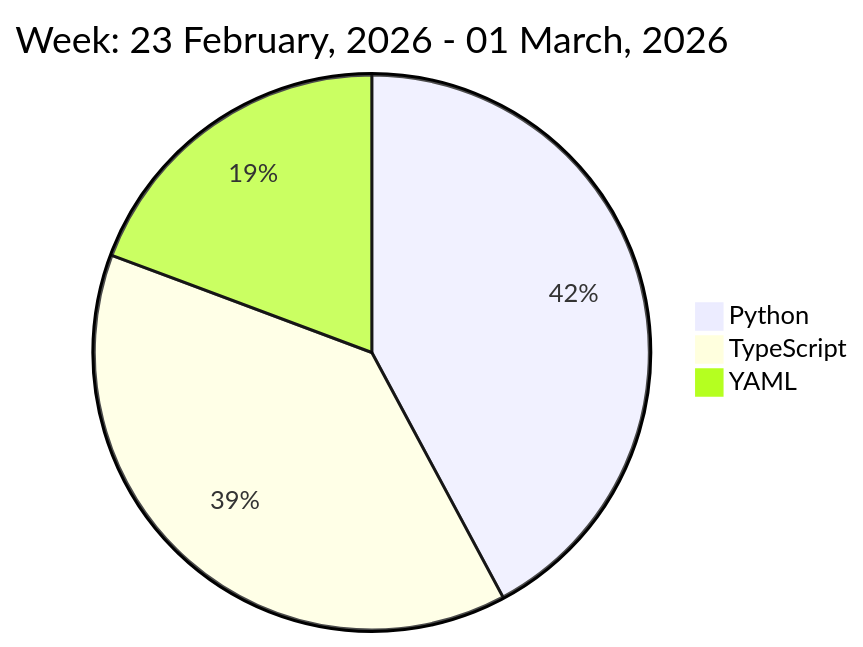
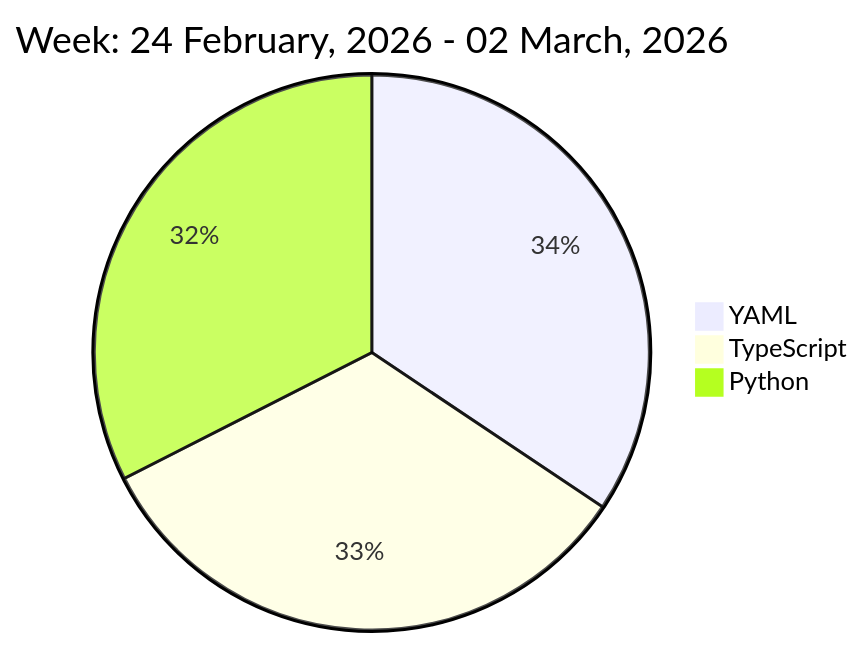
The diagram in README.md (liubin95/liubin95), drawn with Mermaid before and after one commit.

Commit message:
Updated the Graph with new Metrics

````diff
--- a/README.md
+++ b/README.md
@@ -37,7 +37,7 @@
 ```mermaid
  pie
-title Week: 23 February, 2026 - 01 March, 2026
+title Week: 24 February, 2026 - 02 March, 2026
+ "YAML" : 4.9
+ "TypeScript" : 4.72
  "Python" : 4.63
- "TypeScript" : 4.23
- "YAML" : 2.12
 ```
````
